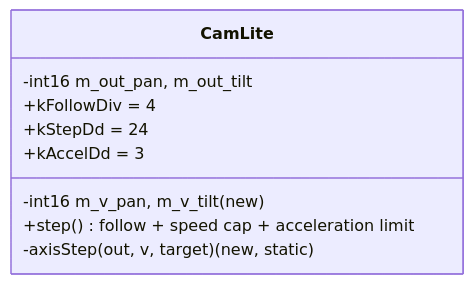
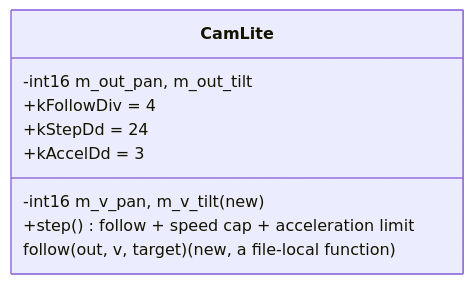
Before and after one commit to mannuray/conqueror: diagram 16 of 17 in docs/lld/uno-lite-lld.md, drawn with Mermaid. The commit also changed other lines of this file and 2 other files, not shown here.

Commit message:
fix(uno): smooth camera review minors - a stricter turn-back test, the held-jog output test, the invariant noted

````diff
--- a/docs/lld/uno-lite-lld.md
+++ b/docs/lld/uno-lite-lld.md
@@ -578,12 +578,12 @@
 ```mermaid
 classDiagram
   class CamLite {
     -int16 m_out_pan, m_out_tilt
     -int16 m_v_pan, m_v_tilt (new)
     +step()   follow + speed cap + acceleration limit
-    -axisStep(out, v, target) (new, static)
+    follow(out, v, target) (new, a file-local function)
     +kFollowDiv = 4
     +kStepDd = 24
     +kAccelDd = 3
   }
 ```
````
